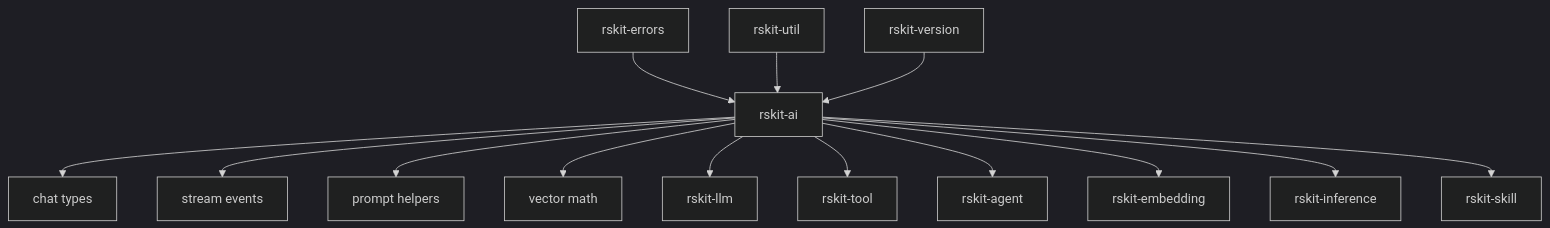
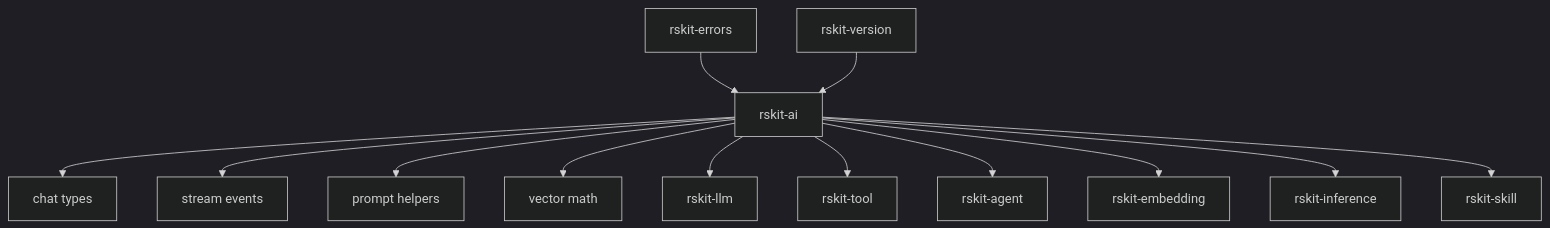
One commit to kbukum/rskit changed the diagram in core/rskit-ai/README.md. Above: the diagram before and after it, drawn with Mermaid (dark theme). The commit also changed 51 other files, not shown here.

````diff
--- a/core/rskit-ai/README.md
+++ b/core/rskit-ai/README.md
@@ -7,31 +7,29 @@
 ```mermaid
 graph TD
     errors[rskit-errors]
-    util[rskit-util]
     version[rskit-version]
     ai[rskit-ai]
     chat[chat types]
     stream[stream events]
     prompt[prompt helpers]
     vector[vector math]
     llm[rskit-llm]
     tool[rskit-tool]
     agent[rskit-agent]
     embedding[rskit-embedding]
     inference[rskit-inference]
     skill[rskit-skill]
 
     errors --> ai
-    util --> ai
     version --> ai
     ai --> chat
     ai --> stream
     ai --> prompt
     ai --> vector
     ai --> llm
     ai --> tool
     ai --> agent
     ai --> embedding
     ai --> inference
     ai --> skill
 ```
````
